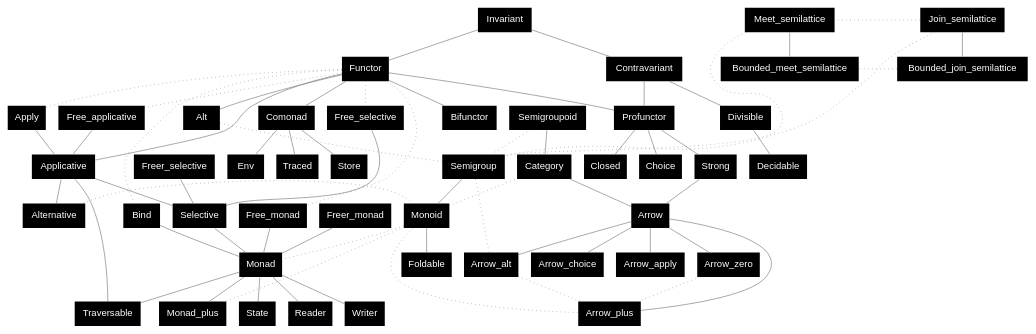
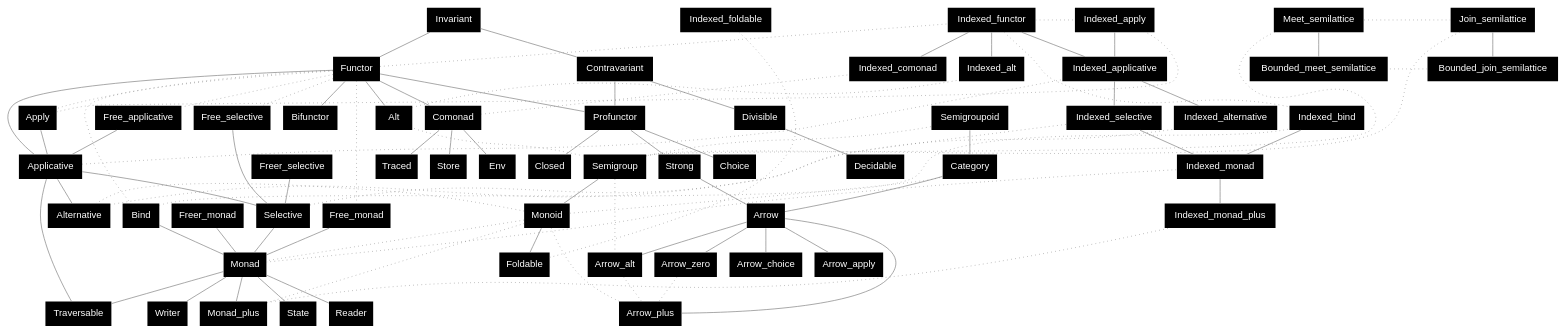
Before and after one commit to xvw/preface: the diagram in .github/dot/specs.dot, drawn with Graphviz. The commit also changed 5 other files, not shown here.

```diff
--- a/.github/dot/specs.dot
+++ b/.github/dot/specs.dot
@@ -1,81 +1,103 @@
 graph {
         node [shape=plaintext; fontname = "Helvetica"; style=filled; fillcolor=black; fontcolor=white];
         edge [color = gray];
 
         Invariant;
         Invariant -- Functor;
         Invariant -- Contravariant;
         Contravariant;
         Divisible;
         Decidable;
         Functor -- Applicative -- Selective -- Monad;
         Functor -- Apply [style=dotted; arrowhead=none; constraint=false];
         Apply -- Applicative;
         Bind -- Monad;
         Functor -- Bind [style=dotted; arrowhead=none; constraint=false];
         Applicative -- Alternative;
         Monad -- Monad_plus;
         Functor -- Alt;
         Functor -- Comonad;
+
+        Functor -- Indexed_functor [style=dotted; arrowhead=none; constraint=false];
+        Alt -- Indexed_alt [style=dotted; arrowhead=none; constraint=false];
+        Apply -- Indexed_apply [style=dotted; arrowhead=none; constraint=false];
+        Applicative -- Indexed_applicative [style=dotted; arrowhead=none; constraint=false];
+        Alternative -- Indexed_alternative [style=dotted; arrowhead=none; constraint=false];
+        Selective -- Indexed_selective [style=dotted; arrowhead=none; constraint=false];
+        Bind -- Indexed_bind [style=dotted; arrowhead=none; constraint=false];
+        Monad -- Indexed_monad [style=dotted; arrowhead=none; constraint=false];
+        Monad_plus -- Indexed_monad_plus [style=dotted; arrowhead=none; constraint=false];
+        Comonad -- Indexed_comonad [style=dotted; arrowhead=none; constraint=false];
+        Foldable -- Indexed_foldable [style=dotted; arrowhead=none; constraint=false];
+
+        Indexed_functor -- Indexed_applicative -- Indexed_selective -- Indexed_monad;
+        Indexed_functor -- Indexed_apply [style=dotted; arrowhead=none; constraint=false];
+        Indexed_apply -- Indexed_applicative;
+        Indexed_bind -- Indexed_monad;
+        Indexed_functor -- Indexed_bind [style=dotted; arrowhead=none; constraint=false];
+        Indexed_applicative -- Indexed_alternative;
+        Indexed_monad -- Indexed_monad_plus;
+        Indexed_functor -- Indexed_alt;
+        Indexed_functor -- Indexed_comonad;
         
         Semigroup -- Monoid;
         Monoid -- Alternative [style=dotted; arrowhead=none; constraint=false];
         Monoid -- Monad_plus [style=dotted; arrowhead=none; constraint=false];
         Semigroup -- Alt [style=dotted; arrowhead=none; constraint=false];
         Monoid -- Monad [style=dotted; arrowhead=none];
         Monoid -- Foldable;
 
         Functor -- Free_selective [style=dotted; arrowhead=none];
         Functor -- Free_applicative [style=dotted; arrowhead=none];
         Functor -- Free_monad [style=dotted; arrowhead=none];
         
         Free_selective -- Selective;
         Freer_selective -- Selective;
         Free_applicative -- Applicative;
         Free_monad -- Monad;
         Freer_monad -- Monad;
 
         Profunctor;
         Bifunctor;
 
         Contravariant -- Divisible -- Decidable;
         Contravariant -- Profunctor;
         Functor -- Profunctor;
         Functor -- Bifunctor;
 
         Monad -- State;
         Monad -- Reader;
         Monad -- Writer;
 
         Comonad -- Store;
         Comonad -- Env;
         Comonad -- Traced;
 
         Applicative -- Traversable;
         Monad -- Traversable;
 
         Semigroup -- Semigroupoid [style=dotted; arrowhead=none; constraint=false];
         Monoid -- Category [style=dotted; arrowhead=none; constraint=false];
         Semigroupoid -- Category
         Category -- Arrow;
         Profunctor -- Strong;
         Profunctor -- Choice;
         Profunctor -- Closed;
         Strong -- Arrow;
         Arrow -- Arrow_zero;
         Arrow -- Arrow_alt;
         Arrow -- Arrow_plus;
         Arrow -- Arrow_choice;
         Arrow -- Arrow_apply;
         Arrow_zero -- Arrow_plus [style=dotted; arrowhead=none];
         Arrow_alt -- Arrow_plus [style=dotted; arrowhead=none];
         Monoid -- Arrow_plus [style=dotted; arrowhead=none];
         Semigroup -- Arrow_alt [style=dotted; arrowhead=none];
 
         Meet_semilattice -- Semigroup [style=dotted; arrowhead=none; constraint=false];
         Meet_semilattice -- Bounded_meet_semilattice;
         Join_semilattice -- Semigroup [style=dotted; arrowhead=none; constraint=false];
         Join_semilattice -- Bounded_join_semilattice;
         Join_semilattice -- Meet_semilattice [style=dotted; arrowhead=none; constraint=false];
         Bounded_join_semilattice -- Bounded_meet_semilattice [style=dotted; arrowhead=none; constraint=false];
 }
```
